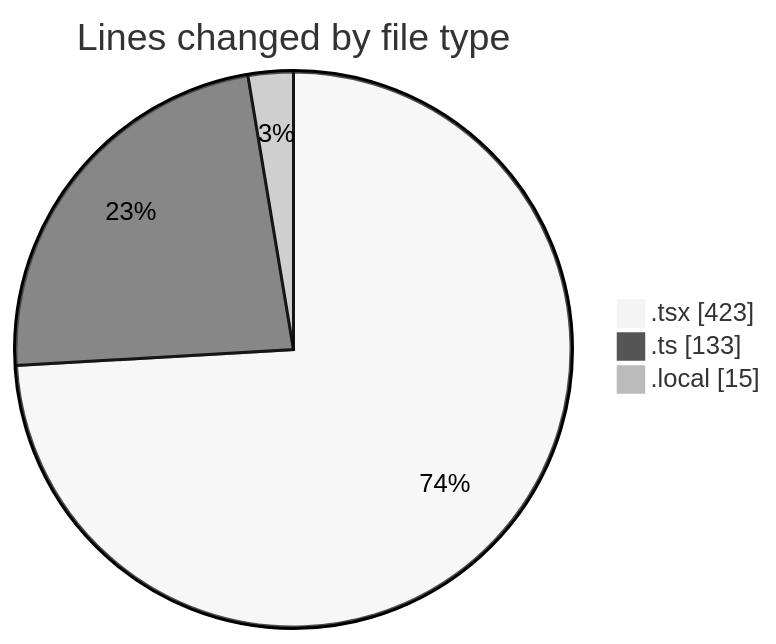
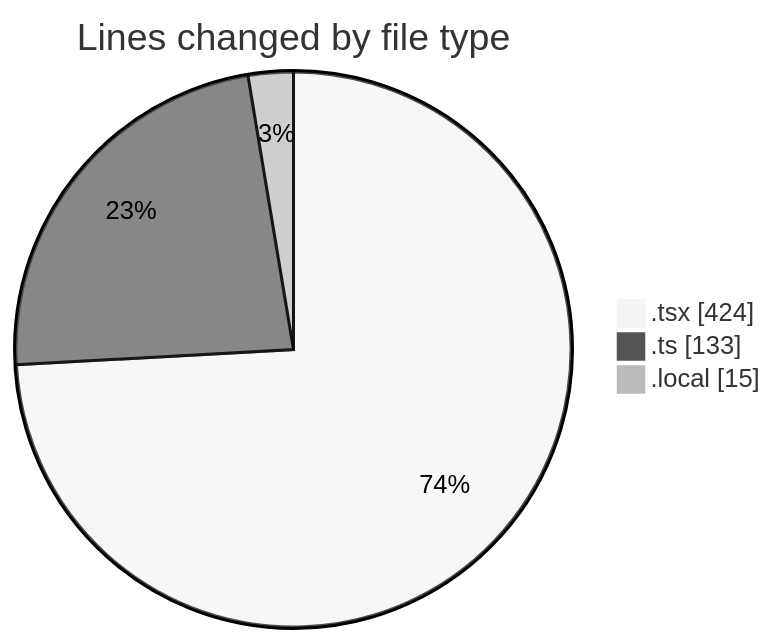
One commit to julien-gomy/code-tracking changed the first of 2 diagrams in 2025-11-04/eventscop-frontend-guide__workspace_/README.md. Above: the diagram before and after it, drawn with Mermaid (neutral theme). The commit also changed other lines of this file and 1 other file, not shown here.

````diff
--- a/2025-11-04/eventscop-frontend-guide__workspace_/README.md
+++ b/2025-11-04/eventscop-frontend-guide__workspace_/README.md
@@ -26,7 +26,7 @@
 ```mermaid
 pie showData
 title Lines changed by file type
-".tsx" : 423
+".tsx" : 424
 ".ts" : 133
 ".local" : 15
 ```
````
